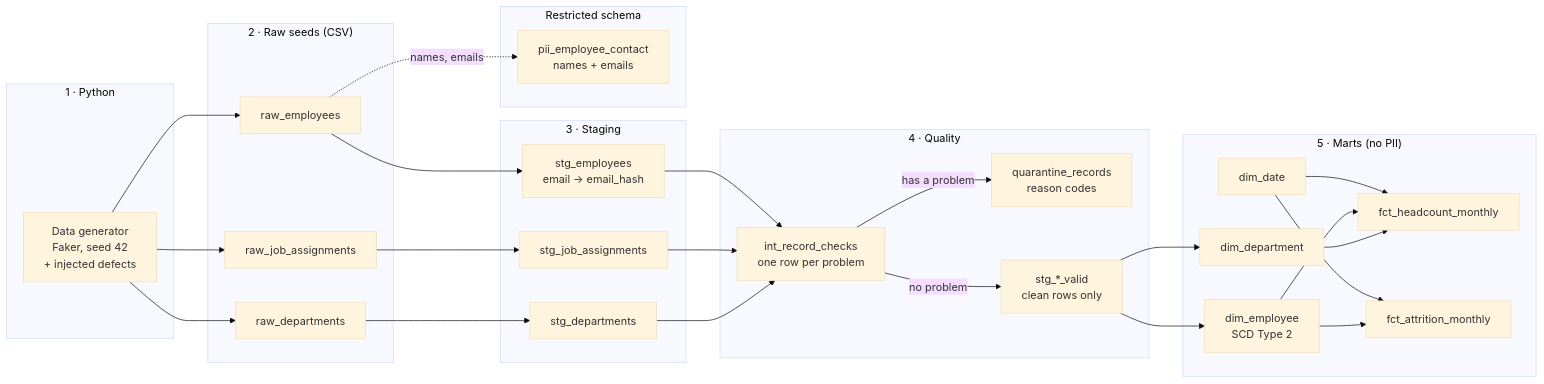
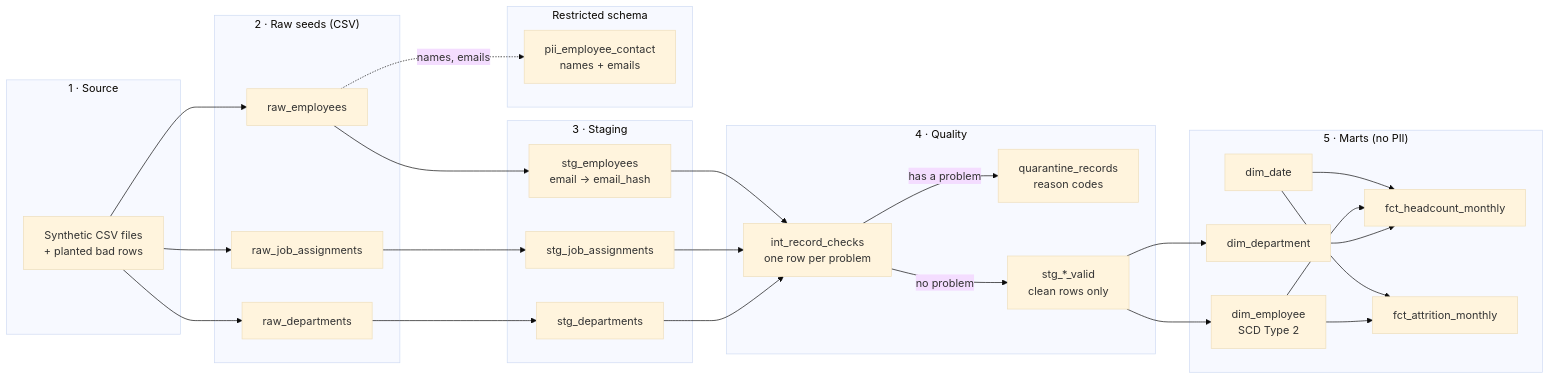
One commit to RamfisOrtega/people-analytics-dbt changed the first of 2 diagrams in README.md. Above: the diagram before and after it, drawn with Mermaid (base theme). The commit also changed other lines of this file and 11 other files, not shown here.

Commit message:
Switch to static synthetic CSV seeds; remove Python generator

````diff
--- a/README.md
+++ b/README.md
@@ -33,49 +33,49 @@
 ```mermaid
 flowchart LR
-    subgraph PY["1 · Python"]
-        GEN["Data generator<br/>Faker, seed 42<br/>+ injected defects"]
+    subgraph SRC["1 · Source"]
+        CSV["Synthetic CSV files<br/>+ planted bad rows"]
     end
 
     subgraph SEEDS["2 · Raw seeds (CSV)"]
         RD["raw_departments"]
         RE["raw_employees"]
         RJ["raw_job_assignments"]
     end
 
     subgraph STG["3 · Staging"]
         SE["stg_employees<br/>email → email_hash"]
         SJ["stg_job_assignments"]
         SD["stg_departments"]
     end
 
     subgraph DQ["4 · Quality"]
         CHK["int_record_checks<br/>one row per problem"]
         Q["quarantine_records<br/>reason codes"]
         V["stg_*_valid<br/>clean rows only"]
     end
 
     subgraph PII["Restricted schema"]
         P["pii_employee_contact<br/>names + emails"]
     end
 
     subgraph MARTS["5 · Marts (no PII)"]
         DE["dim_employee<br/>SCD Type 2"]
         DD["dim_department"]
         DT["dim_date"]
         FH["fct_headcount_monthly"]
         FA["fct_attrition_monthly"]
     end
 
-    GEN --> RD & RE & RJ
+    CSV --> RD & RE & RJ
     RD --> SD
     RE --> SE
     RJ --> SJ
     RE -. names, emails .-> P
     SE & SJ & SD --> CHK
     CHK -- has a problem --> Q
     CHK -- no problem --> V
     V --> DE & DD
     DT --> FH & FA
     DE --> FH & FA
     DD --> FH
 ```
````
